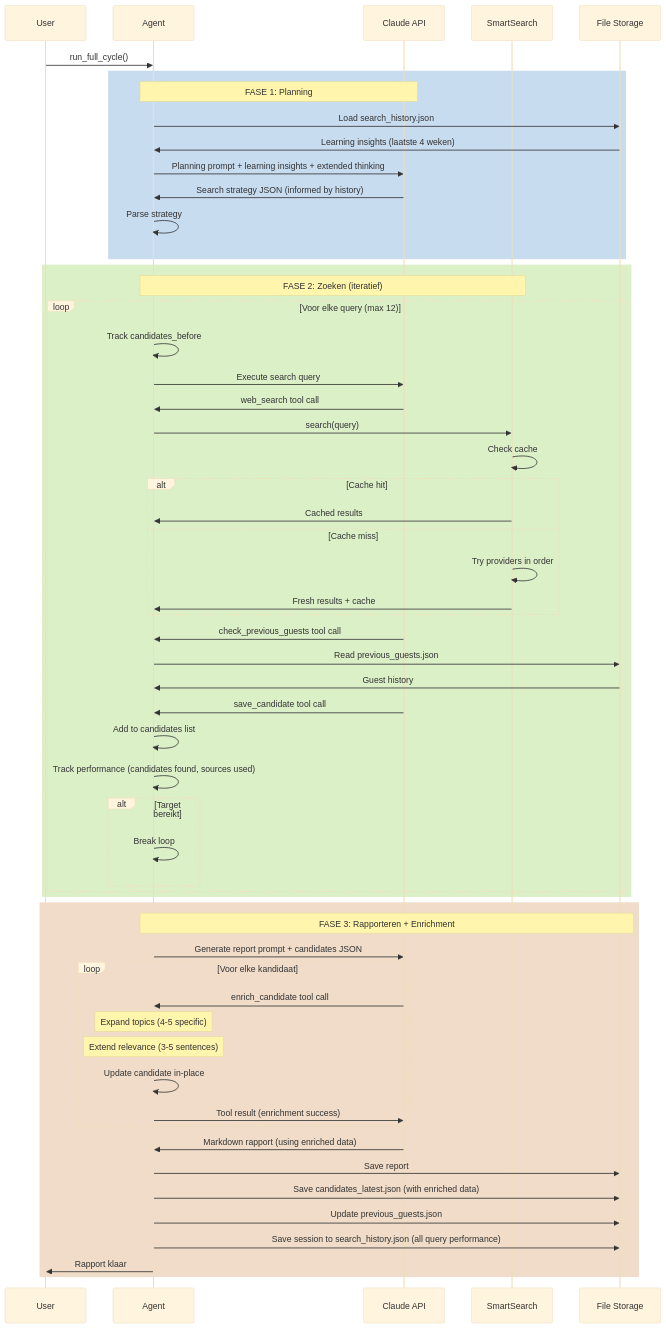
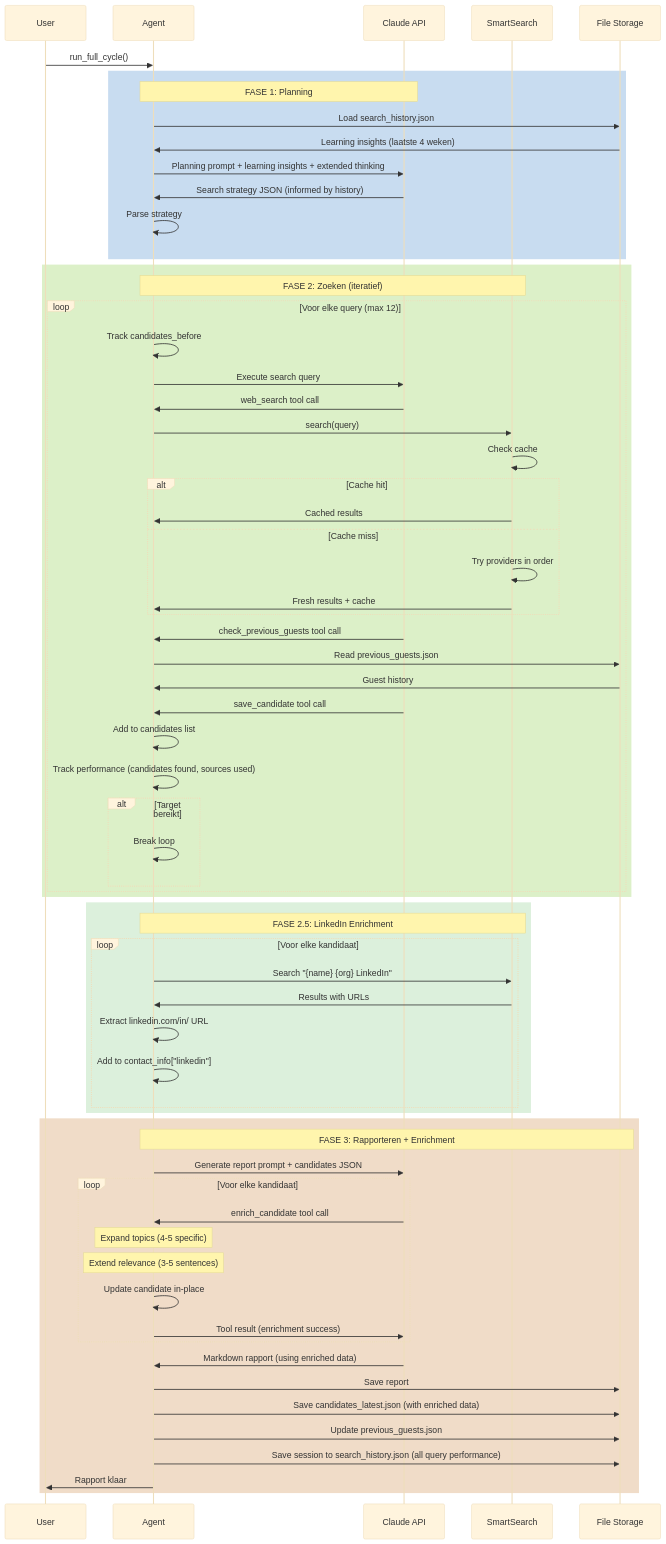
Before and after one commit to Joopsnijder/guest_search: the fourth of 9 diagrams in docs/architecture.md, drawn with Mermaid (base theme). The commit also changed other lines of this file and 5 other files, not shown here.

First line of the commit message:
docs: Add LinkedIn enrichment documentation

````diff
--- a/docs/architecture.md
+++ b/docs/architecture.md
@@ -161,63 +161,73 @@
 ```mermaid
 sequenceDiagram
     participant U as User
     participant A as Agent
     participant C as Claude API
     participant S as SmartSearch
     participant FS as File Storage
 
     U->>A: run_full_cycle()
 
     rect rgb(200, 220, 240)
         Note over A,C: FASE 1: Planning
         A->>FS: Load search_history.json
         FS->>A: Learning insights (laatste 4 weken)
         A->>C: Planning prompt + learning insights + extended thinking
         C->>A: Search strategy JSON (informed by history)
         A->>A: Parse strategy
     end
 
     rect rgb(220, 240, 200)
         Note over A,S: FASE 2: Zoeken (iteratief)
         loop Voor elke query (max 12)
             A->>A: Track candidates_before
             A->>C: Execute search query
             C->>A: web_search tool call
             A->>S: search(query)
             S->>S: Check cache
             alt Cache hit
                 S->>A: Cached results
             else Cache miss
                 S->>S: Try providers in order
                 S->>A: Fresh results + cache
             end
             C->>A: check_previous_guests tool call
             A->>FS: Read previous_guests.json
             FS->>A: Guest history
             C->>A: save_candidate tool call
             A->>A: Add to candidates list
             A->>A: Track performance (candidates found, sources used)
             alt Target bereikt
                 A->>A: Break loop
             end
         end
     end
 
+    rect rgb(220, 240, 220)
+        Note over A,S: FASE 2.5: LinkedIn Enrichment
+        loop Voor elke kandidaat
+            A->>S: Search "{name} {org} LinkedIn"
+            S->>A: Results with URLs
+            A->>A: Extract linkedin.com/in/ URL
+            A->>A: Add to contact_info["linkedin"]
+        end
+    end
+
     rect rgb(240, 220, 200)
         Note over A,FS: FASE 3: Rapporteren + Enrichment
         A->>C: Generate report prompt + candidates JSON
         loop Voor elke kandidaat
             C->>A: enrich_candidate tool call
             Note over A: Expand topics (4-5 specific)
             Note over A: Extend relevance (3-5 sentences)
             A->>A: Update candidate in-place
             A->>C: Tool result (enrichment success)
         end
         C->>A: Markdown rapport (using enriched data)
         A->>FS: Save report
         A->>FS: Save candidates_latest.json (with enriched data)
         A->>FS: Update previous_guests.json
         A->>FS: Save session to search_history.json (all query performance)
         A->>U: Rapport klaar
     end
 ```
````
